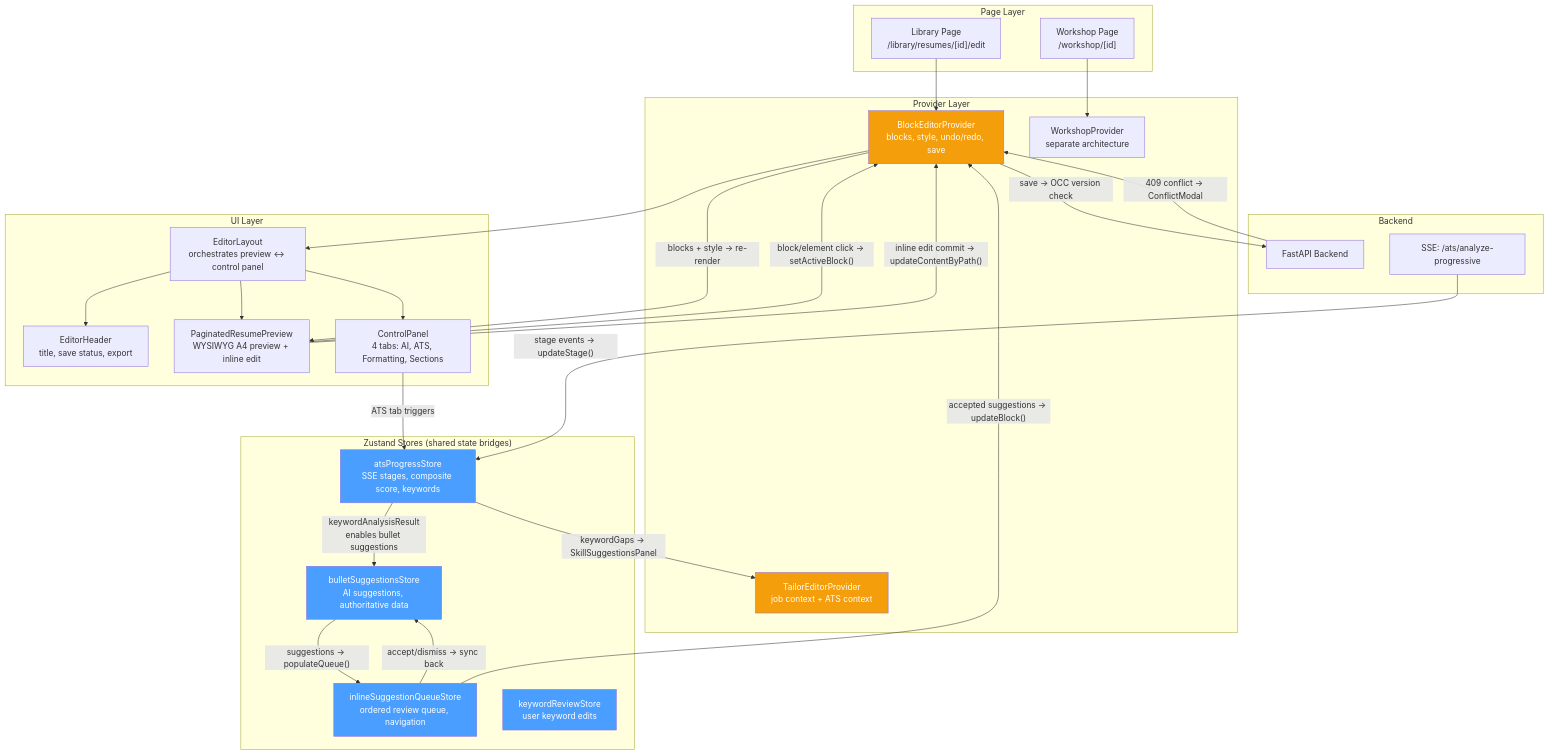
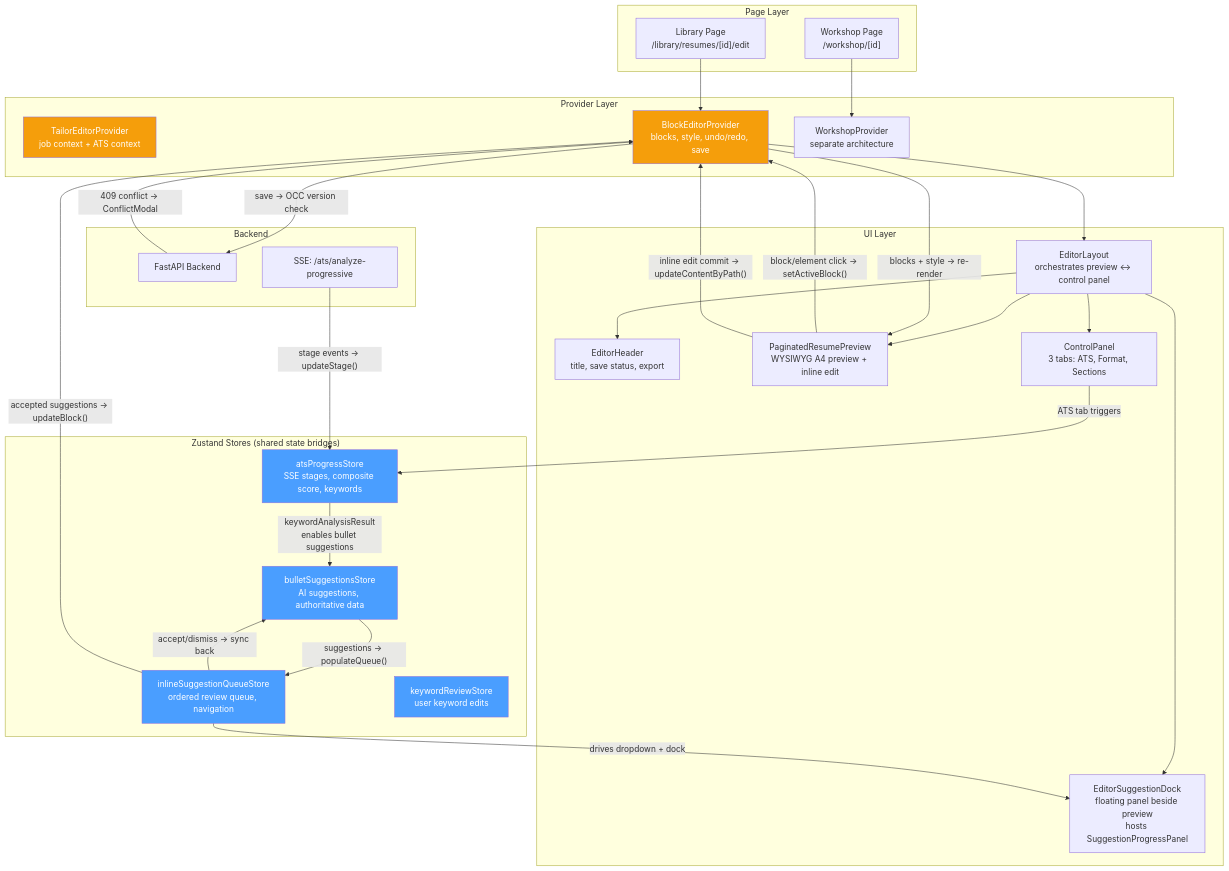
Before and after one commit to Sungchunn/AI-Resume-Tailor: the first of 7 diagrams in docs/architecture/editor-guide.md, drawn with Mermaid. The commit also changed other lines of this file and 1 other file, not shown here.

First line of the commit message:
docs: Update editor docs for floating suggestion dock

````diff
--- a/docs/architecture/editor-guide.md
+++ b/docs/architecture/editor-guide.md
@@ -13,62 +13,64 @@
 ```mermaid
 graph TB
     subgraph "Page Layer"
         LP["Library Page<br/>/library/resumes/[id]/edit"]
         WP["Workshop Page<br/>/workshop/[id]"]
     end
 
     subgraph "Provider Layer"
         TEP["TailorEditorProvider<br/>job context + ATS context"]
         BEP["BlockEditorProvider<br/>blocks, style, undo/redo, save"]
         WSP["WorkshopProvider<br/>separate architecture"]
     end
 
     subgraph "UI Layer"
         EL["EditorLayout<br/>orchestrates preview ↔ control panel"]
         EH["EditorHeader<br/>title, save status, export"]
         PP["PaginatedResumePreview<br/>WYSIWYG A4 preview + inline edit"]
-        CP["ControlPanel<br/>4 tabs: AI, ATS, Formatting, Sections"]
+        CP["ControlPanel<br/>3 tabs: ATS, Format, Sections"]
+        ESD["EditorSuggestionDock<br/>floating panel beside preview<br/>hosts SuggestionProgressPanel"]
     end
 
     subgraph "Zustand Stores (shared state bridges)"
         APS["atsProgressStore<br/>SSE stages, composite score, keywords"]
         BSS["bulletSuggestionsStore<br/>AI suggestions, authoritative data"]
         ISQS["inlineSuggestionQueueStore<br/>ordered review queue, navigation"]
         KRS["keywordReviewStore<br/>user keyword edits"]
     end
 
     subgraph "Backend"
         API["FastAPI Backend"]
         SSE["SSE: /ats/analyze-progressive"]
     end
 
     LP --> BEP
     WP --> WSP
 
     BEP --> EL
     EL --> EH
     EL --> PP
     EL --> CP
+    EL --> ESD
 
     CP -- "ATS tab triggers" --> APS
     APS -- "keywordAnalysisResult<br/>enables bullet suggestions" --> BSS
-    APS -- "keywordGaps → SkillSuggestionsPanel" --> TEP
     BSS -- "suggestions → populateQueue()" --> ISQS
+    ISQS -- "drives dropdown + dock" --> ESD
     ISQS -- "accept/dismiss → sync back" --> BSS
     ISQS -- "accepted suggestions → updateBlock()" --> BEP
 
     PP -- "block/element click → setActiveBlock()" --> BEP
     PP -- "inline edit commit → updateContentByPath()" --> BEP
     BEP -- "blocks + style → re-render" --> PP
 
     BEP -- "save → OCC version check" --> API
     API -- "409 conflict → ConflictModal" --> BEP
     SSE -- "stage events → updateStage()" --> APS
 
     style APS fill:#4a9eff,color:#fff
     style BSS fill:#4a9eff,color:#fff
     style ISQS fill:#4a9eff,color:#fff
     style KRS fill:#4a9eff,color:#fff
     style BEP fill:#f59e0b,color:#fff
     style TEP fill:#f59e0b,color:#fff
 ```
````
